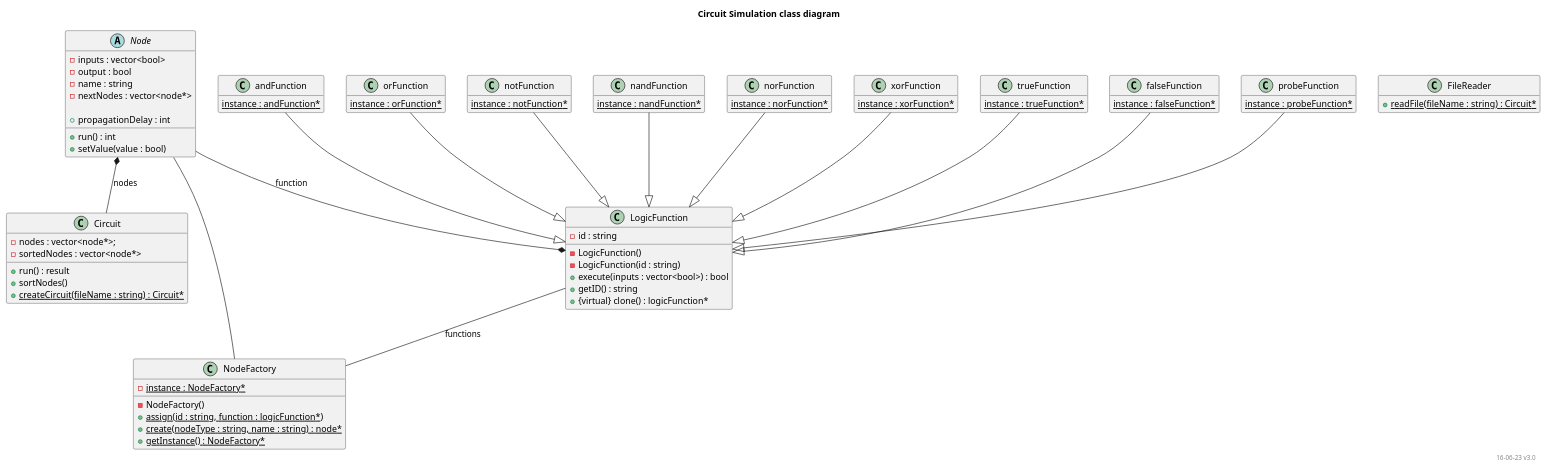
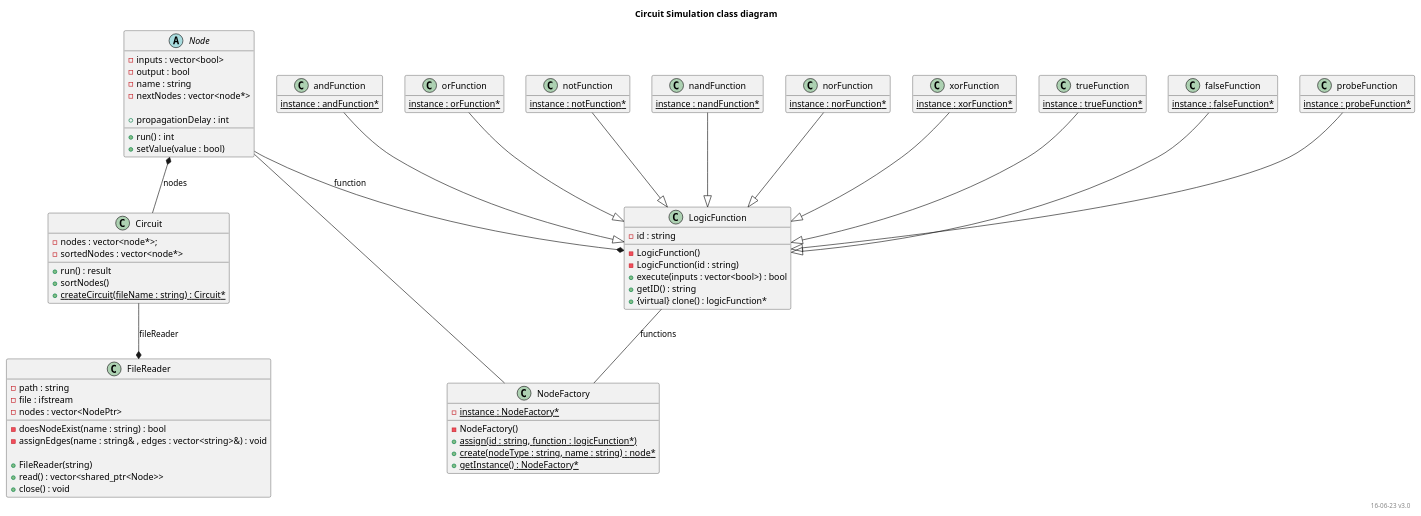
One commit to JeeJay23/DEPA_eindopdr changed the diagram in documentation/ClassDiagram.puml. Above: the diagram before and after it, drawn with PlantUML.

Commit message:
fileReader puml update

```diff
--- a/documentation/ClassDiagram.puml
+++ b/documentation/ClassDiagram.puml
@@ -1,102 +1,111 @@
 @startuml classDiagram
 
 title Circuit Simulation class diagram
 right footer "16-06-23 v3.0"
 
 hide empty members
 
 abstract class node as "Node" {
     - inputs : vector<bool>
     - output : bool
     - name : string
     - nextNodes : vector<node*>
 
     + propagationDelay : int
     + run() : int 
     + setValue(value : bool)
+}
+
+class fileReader as "FileReader" {
+    - path : string
+    - file : ifstream 
+    - nodes : vector<NodePtr> 
+    - doesNodeExist(name : string) : bool 
+    - assignEdges(name : string& , edges : vector<string>&) : void
+
+    + FileReader(string)
+    + read() : vector<shared_ptr<Node>> 
+    + close() : void
 }
 
 class logicFunction as "LogicFunction" {
     - LogicFunction()
     - LogicFunction(id : string)
     - id : string
 
     + execute(inputs : vector<bool>) : bool
     + getID() : string
     + {virtual} clone() : logicFunction*
 }
 
 class circuit as "Circuit" {
     - nodes : vector<node*>;
     - sortedNodes : vector<node*>
 
     + run() : result
     + sortNodes()
     + {static} createCircuit(fileName : string) : Circuit*
 }
 
 class nodeFactory as "NodeFactory" {
     - {static} instance : NodeFactory*
     - NodeFactory()
     + {static} assign(id : string, function : logicFunction*)
     + {static} create(nodeType : string, name : string) : node*
     + {static} getInstance() : NodeFactory*
-}
-
-class fileReader as "FileReader" {
-    + {static} readFile(fileName : string) : Circuit*
 }
 
 class andFunction{
     {static} instance : andFunction*
 }
 
 class orFunction{
     {static} instance : orFunction*
 }
 
 class notFunction{
     {static} instance : notFunction*
 }
 
 class nandFunction{
     {static} instance : nandFunction*
 }
 
 class norFunction{
     {static} instance : norFunction*
 }
 
 class xorFunction{
     {static} instance : xorFunction*
 }
 
 class trueFunction{
     {static} instance : trueFunction*
 }
 
 class falseFunction{
     {static} instance : falseFunction*
 }
 
 class probeFunction{
     {static} instance : probeFunction*
 }
 
 node *-- circuit : nodes
 logicFunction -- nodeFactory : functions
 node -- nodeFactory
+circuit --* fileReader : fileReader
 
 node --* logicFunction : function
 
 andFunction --|> logicFunction
 orFunction --|> logicFunction
 notFunction --|> logicFunction
 nandFunction --|> logicFunction
 norFunction --|> logicFunction
 xorFunction --|> logicFunction
 trueFunction --|> logicFunction
 falseFunction --|> logicFunction
 probeFunction --|> logicFunction
 
 @enduml
```
